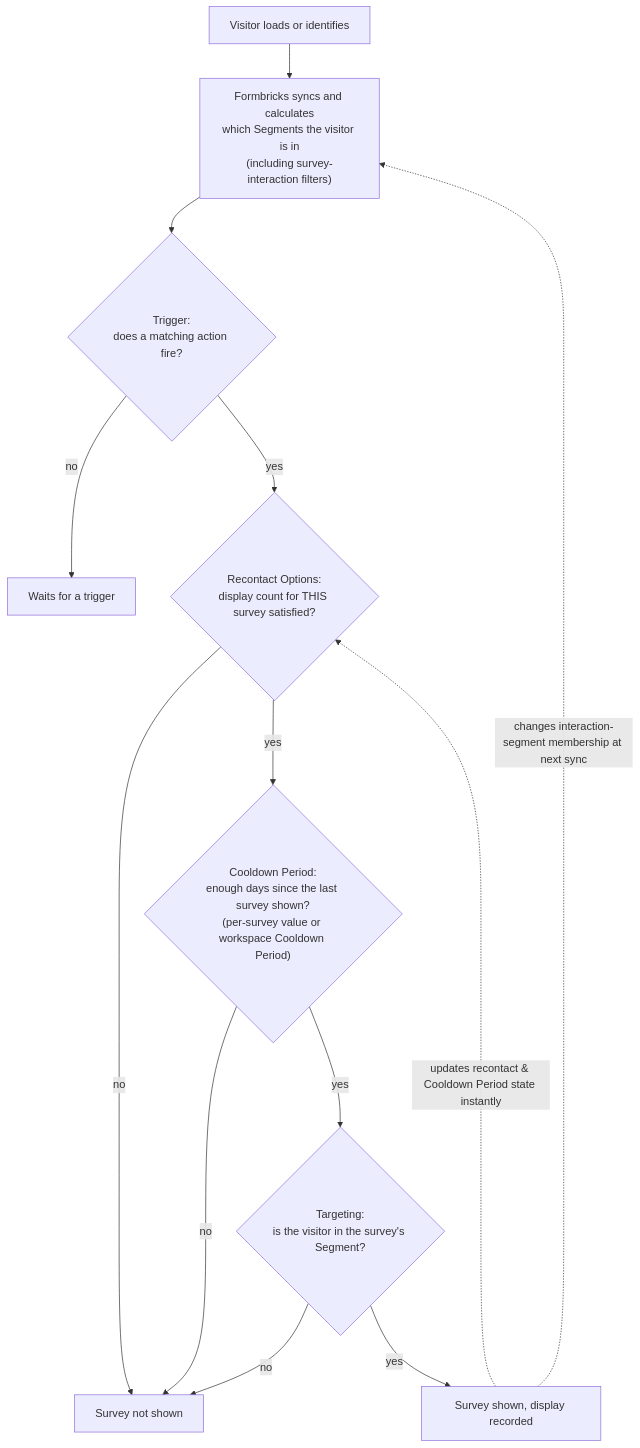
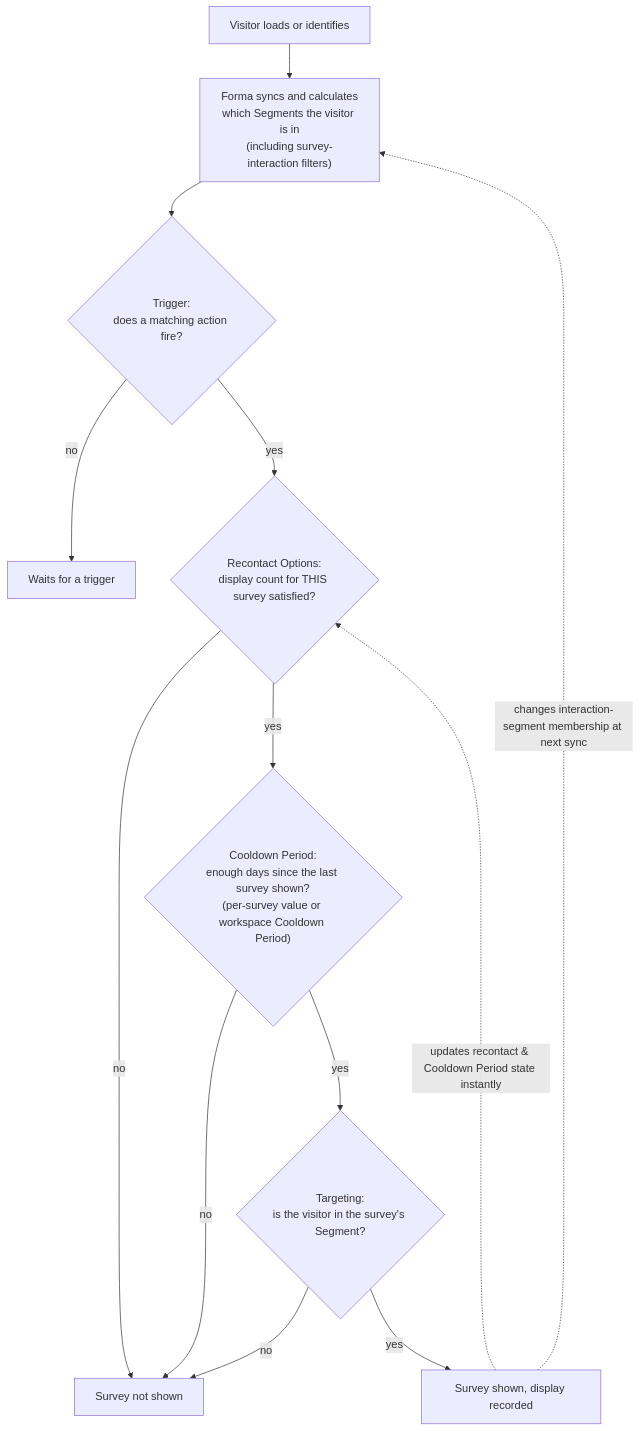
Before and after one commit to yldm-tech/forma: the sixth of 6 diagrams in docs/surveys/website-app-surveys/survey-display-logic.mdx, drawn with Mermaid. The commit also changed other lines of this file and 2576 other files, not shown here.

First line of the commit message:
feat: rebrand Formbricks to Forma

````diff
--- a/docs/surveys/website-app-surveys/survey-display-logic.mdx
+++ b/docs/surveys/website-app-surveys/survey-display-logic.mdx
@@ -151,15 +151,15 @@
 ```mermaid
 flowchart TD
-    A["Visitor loads or identifies"] --> B["Formbricks syncs and calculates<br/>which Segments the visitor is in<br/>(including survey-interaction filters)"]
+    A["Visitor loads or identifies"] --> B["Forma syncs and calculates<br/>which Segments the visitor is in<br/>(including survey-interaction filters)"]
     B --> T{"Trigger:<br/>does a matching action fire?"}
     T -->|no| WAIT["Waits for a trigger"]
     T -->|yes| R{"Recontact Options:<br/>display count for THIS survey satisfied?"}
     R -->|no| X["Survey not shown"]
     R -->|yes| W{"Cooldown Period:<br/>enough days since the last survey shown?<br/>(per-survey value or workspace Cooldown Period)"}
     W -->|no| X
     W -->|yes| S{"Targeting:<br/>is the visitor in the survey's Segment?"}
     S -->|no| X
     S -->|yes| G["Survey shown, display recorded"]
     G -.->|"updates recontact & Cooldown Period state instantly"| R
     G -.->|"changes interaction-segment membership at next sync"| B
 ```
````
